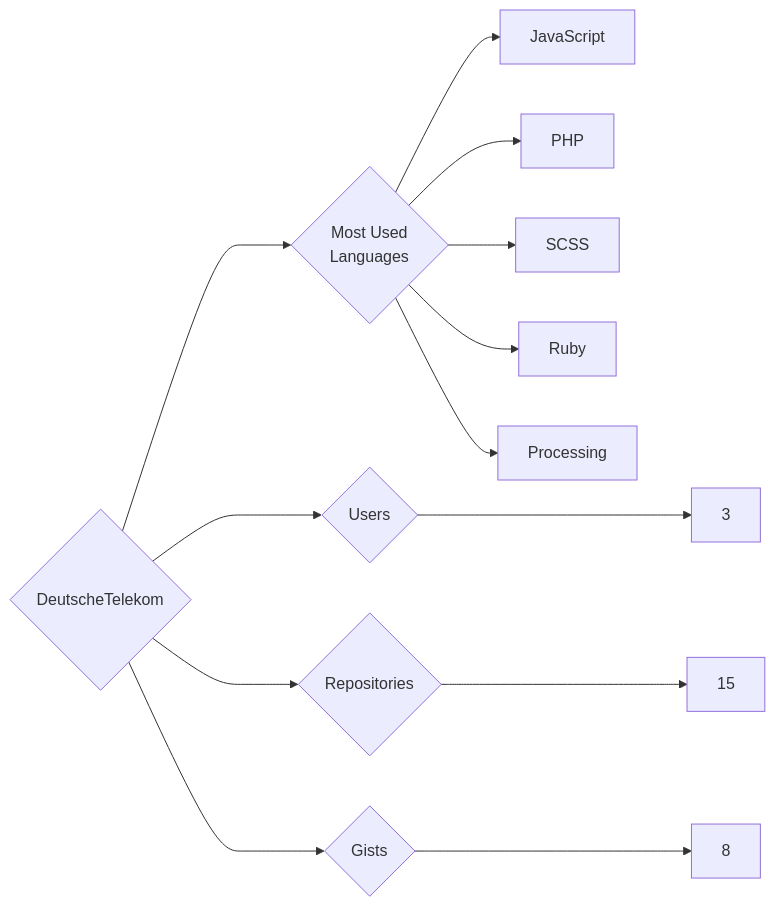
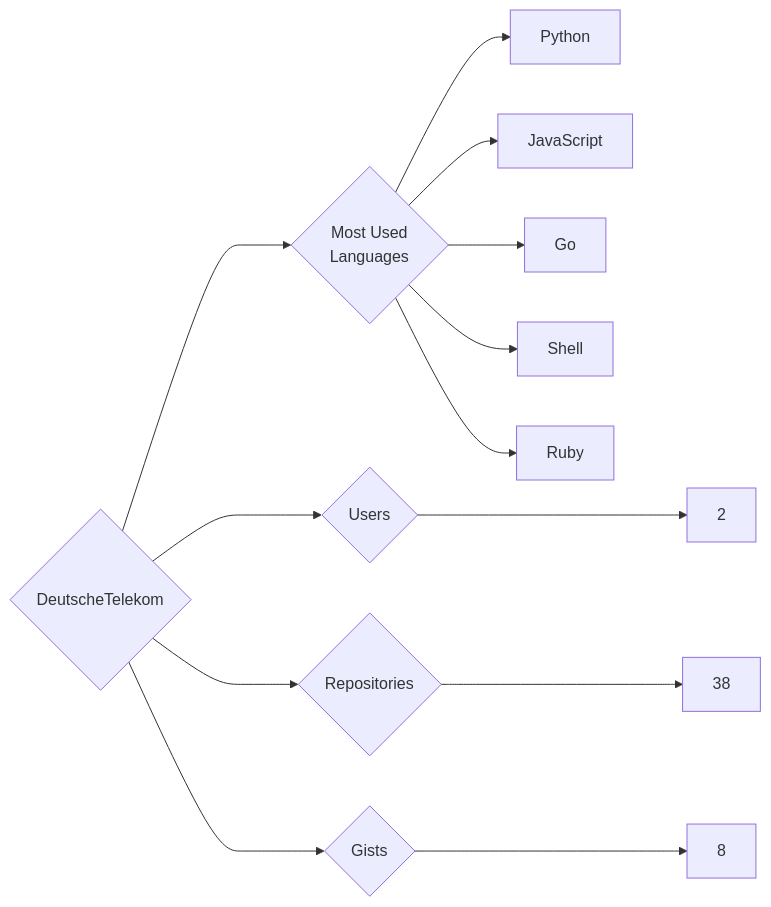
One commit to trickest/insiders changed the diagram in targets/DeutscheTelekom/README.md. Above: the diagram before and after it, drawn with Mermaid. The commit also changed 1166 other files, not shown here.

````diff
--- a/targets/DeutscheTelekom/README.md
+++ b/targets/DeutscheTelekom/README.md
@@ -3,13 +3,13 @@
 ```mermaid
 graph LR
 COMPANY_NAME{DeutscheTelekom}
-COMPANY_NAME ---> U{Users} ---> UN[3]
-COMPANY_NAME ---> R{Repositories} ---> RN[15]
+COMPANY_NAME ---> U{Users} ---> UN[2]
+COMPANY_NAME ---> R{Repositories} ---> RN[38]
 COMPANY_NAME ---> G{Gists} ---> GN[8]
 COMPANY_NAME ---> ML{Most Used<br>Languages}
+ML --> Python[Python]
 ML --> JavaScript[JavaScript]
-ML --> PHP[PHP]
-ML --> SCSS[SCSS]
+ML --> Go[Go]
+ML --> Shell[Shell]
 ML --> Ruby[Ruby]
-ML --> Processing[Processing]
 ```
````
